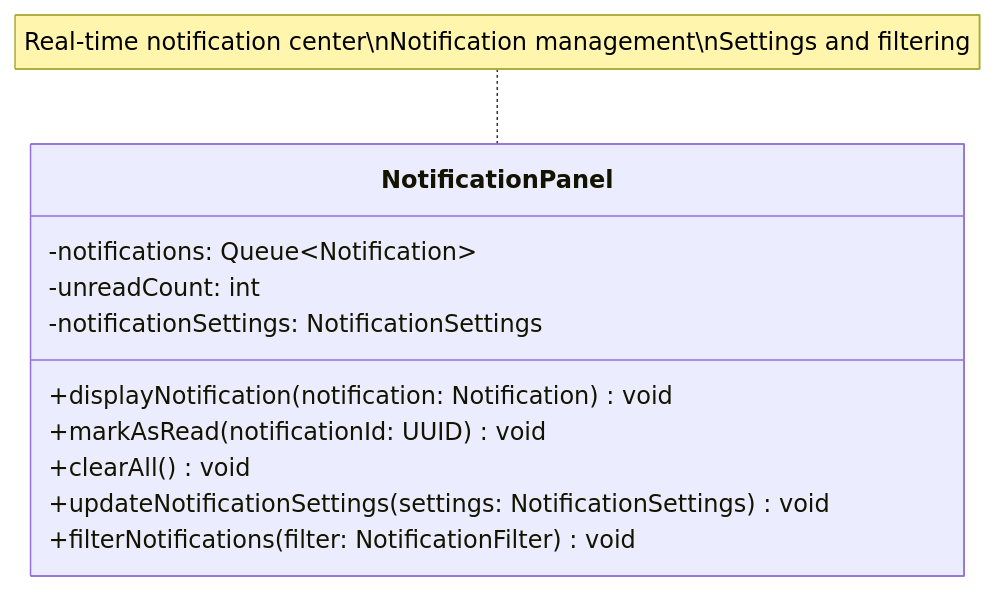
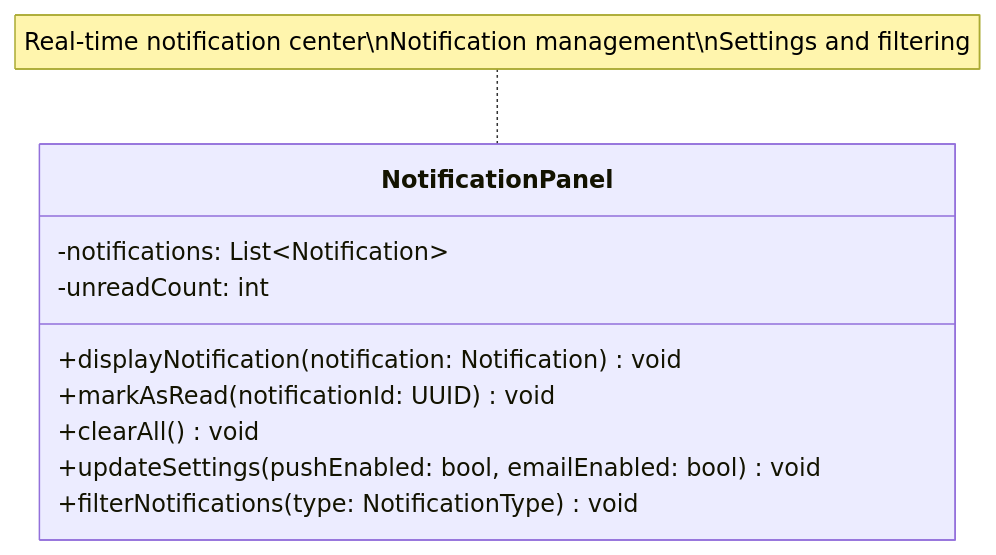
Before and after one commit to mj010101/swe_25f: the ninth of 10 diagrams in diagrams/presentation_class_diagram.md, drawn with Mermaid. The commit also changed other lines of this file and 4 other files, not shown here.

````diff
--- a/diagrams/presentation_class_diagram.md
+++ b/diagrams/presentation_class_diagram.md
@@ -241,17 +226,16 @@
 ```mermaid
 classDiagram
     direction TB
 
     class NotificationPanel {
-        -notifications: Queue~Notification~
+        -notifications: List~Notification~
         -unreadCount: int
-        -notificationSettings: NotificationSettings
         +displayNotification(notification: Notification) void
         +markAsRead(notificationId: UUID) void
         +clearAll() void
-        +updateNotificationSettings(settings: NotificationSettings) void
-        +filterNotifications(filter: NotificationFilter) void
+        +updateSettings(pushEnabled: bool, emailEnabled: bool) void
+        +filterNotifications(type: NotificationType) void
     }
 
     note for NotificationPanel "Real-time notification center\nNotification management\nSettings and filtering"
 ```
````
